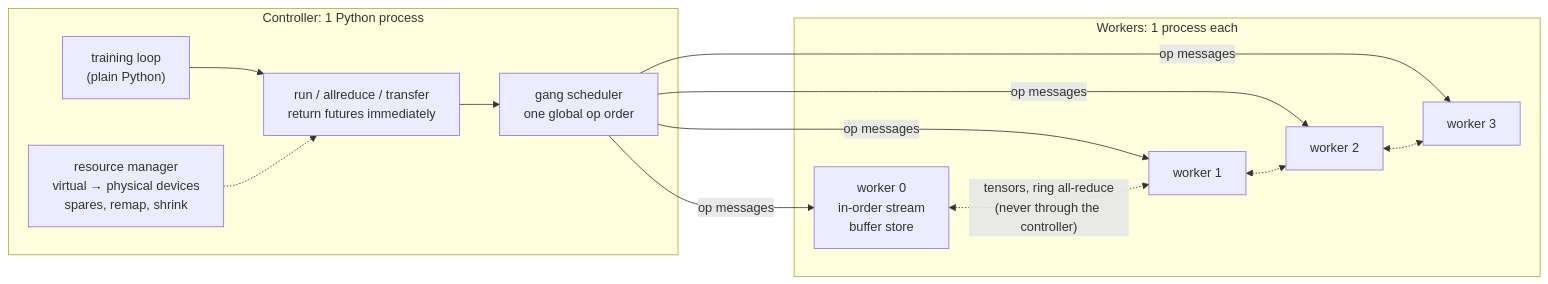
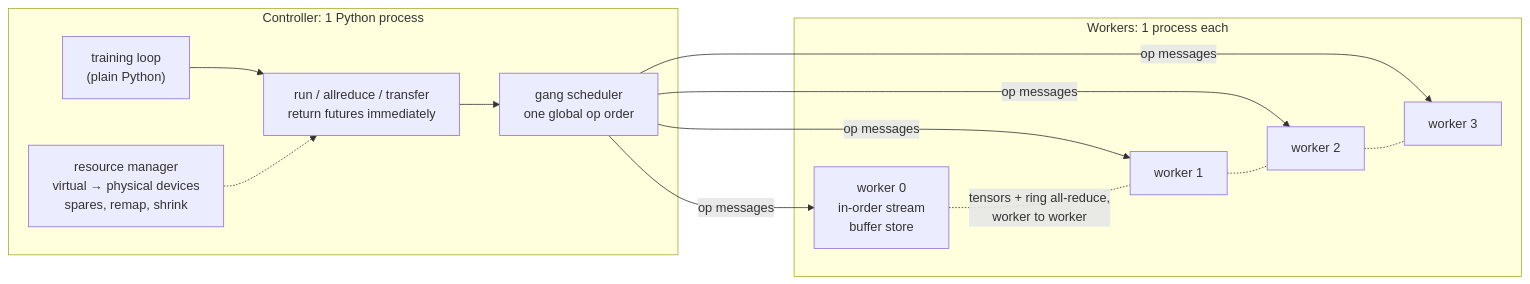
The diagram in README.md (Gauravkarthikeyan/minipath), drawn with Mermaid before and after one commit.

Commit message:
README: use plain dotted links in the architecture diagram
Claude-Session: https://claude.ai/code/session_01NaEuTZ5wuTJkbimcvWZKGf

````diff
--- a/README.md
+++ b/README.md
@@ -64,18 +64,18 @@
 ```mermaid
 flowchart LR
     subgraph C["Controller: 1 Python process"]
         U["training loop<br/>(plain Python)"] --> D["run / allreduce / transfer<br/>return futures immediately"]
         D --> S["gang scheduler<br/>one global op order"]
         R["resource manager<br/>virtual → physical devices<br/>spares, remap, shrink"] -.-> D
     end
     S -- "op messages" --> W0 & W1 & W2 & W3
     subgraph W["Workers: 1 process each"]
         W0["worker 0<br/>in-order stream<br/>buffer store"]
         W1["worker 1"]
         W2["worker 2"]
         W3["worker 3"]
     end
-    W0 <-. "tensors, ring all-reduce<br/>(never through the controller)" .-> W1
-    W1 <-.-> W2
-    W2 <-.-> W3
+    W0 -. "tensors + ring all-reduce,<br/>worker to worker" .- W1
+    W1 -.- W2
+    W2 -.- W3
 ```
````
